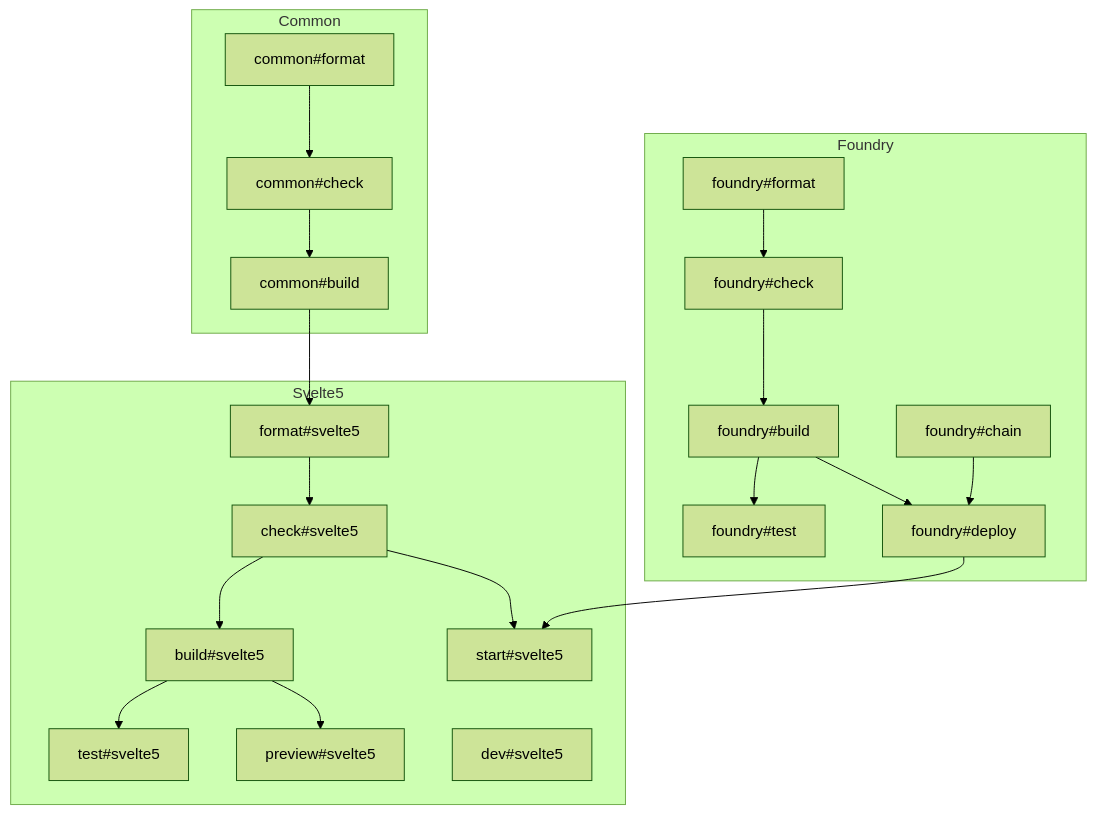
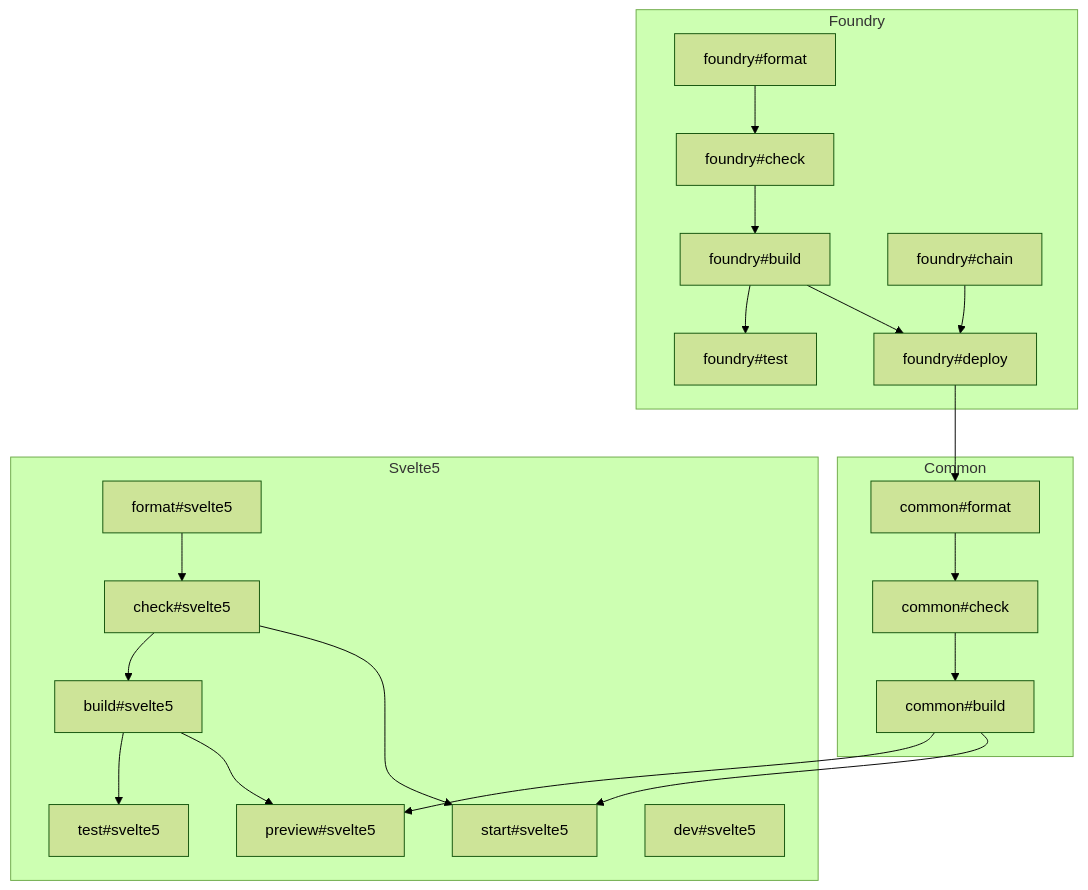
The diagram in docs/flow.md (Kredeum/onchain-ai), drawn with Mermaid (forest theme) before and after one commit. The commit also changed 3 other files, not shown here.

````diff
--- a/docs/flow.md
+++ b/docs/flow.md
@@ -1,35 +1,36 @@
 ```mermaid
 flowchart TD
     subgraph Foundry
         F1[foundry#format]
         F2[foundry#check]
         F3[foundry#build]
         F4[foundry#test]
         F5[foundry#chain]
         F6[foundry#deploy]
         F1 --> F2 --> F3 --> F4
         F3 --> F6
         F5 --> F6
     end
 
     subgraph Common
         C1[common#format]
         C2[common#check]
         C3[common#build]
-        C1 --> C2 --> C3
+        F6 --> C1 --> C2 --> C3
     end
 
     subgraph Svelte5
         S1[format#svelte5]
         S2[check#svelte5]
         S3[build#svelte5]
         S4[test#svelte5]
         S5[preview#svelte5]
         S6[start#svelte5]
         S7[dev#svelte5]
-        C3 --> S1 --> S2 --> S3 --> S4
-        F6 --> S6
+        S1 --> S2 --> S3 --> S4
         S2 --> S6
+        C3 --> S5
+        C3 --> S6
         S3 --> S5
     end
 ```
````
